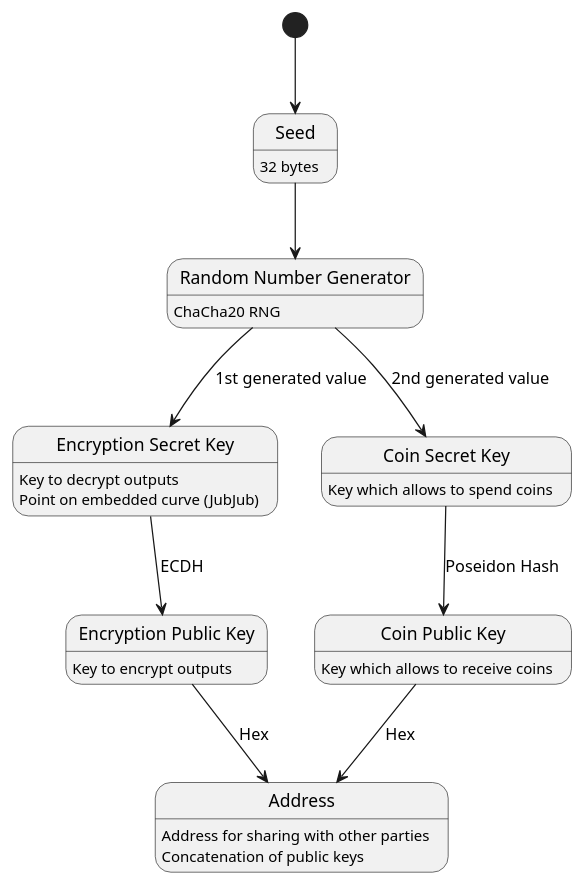
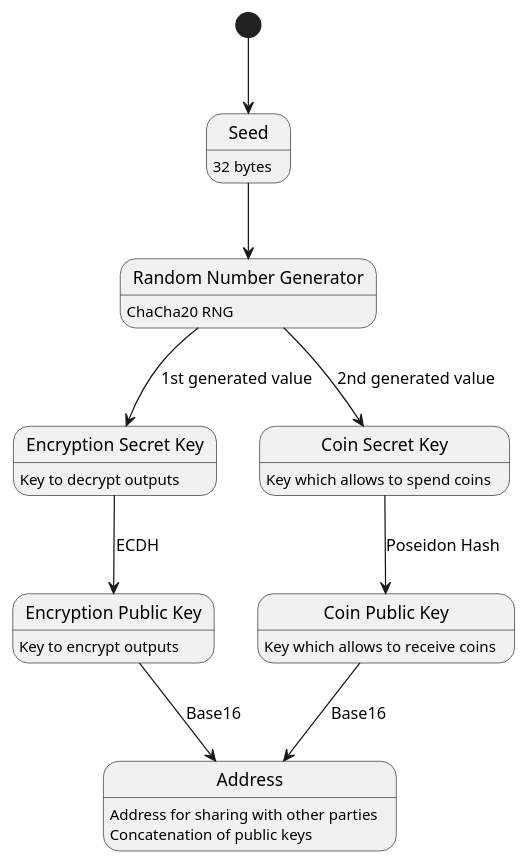
One commit to midnightntwrk/midnight-architecture changed the diagram in components/WalletEngine/keys.puml. Above: the diagram before and after it, drawn with PlantUML. The commit also changed 2 other files, not shown here.

Commit message:
[PM-9200] Correct statement of what encryption secret key is

```diff
--- a/components/WalletEngine/keys.puml
+++ b/components/WalletEngine/keys.puml
@@ -1,20 +1,20 @@
 @startuml
 
 [*] --> seed
 seed --> RNG
 RNG --> ESK: 1st generated value
 RNG --> CSK: 2nd generated value
 ESK --> EPK: ECDH
 CSK --> CPK: Poseidon Hash
-EPK --> addr: Hex
-CPK --> addr: Hex
+EPK --> addr: Base16
+CPK --> addr: Base16
 
 state "Seed" as seed: 32 bytes
 state "Random Number Generator" as RNG: ChaCha20 RNG
-state "Encryption Secret Key" as ESK: Key to decrypt outputs\nPoint on embedded curve (JubJub)
+state "Encryption Secret Key" as ESK: Key to decrypt outputs
 state "Encryption Public Key" as EPK: Key to encrypt outputs
 state "Coin Secret Key" as CSK: Key which allows to spend coins
 state "Coin Public Key" as CPK: Key which allows to receive coins
 state "Address" as addr: Address for sharing with other parties\nConcatenation of public keys
 
 @enduml
```
